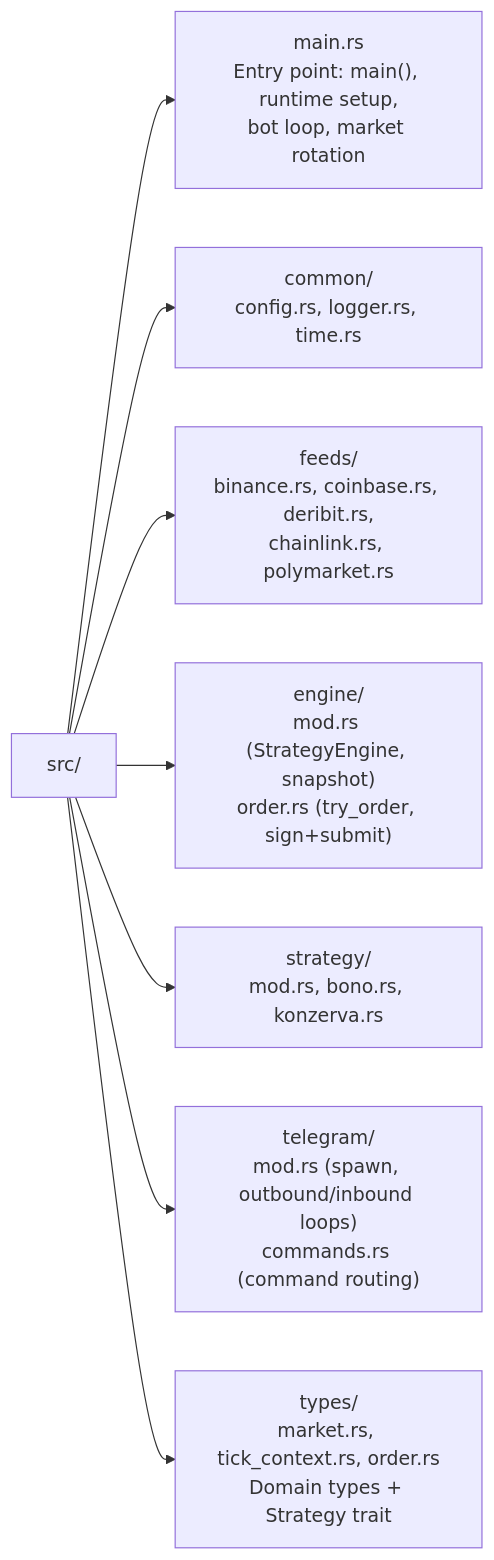
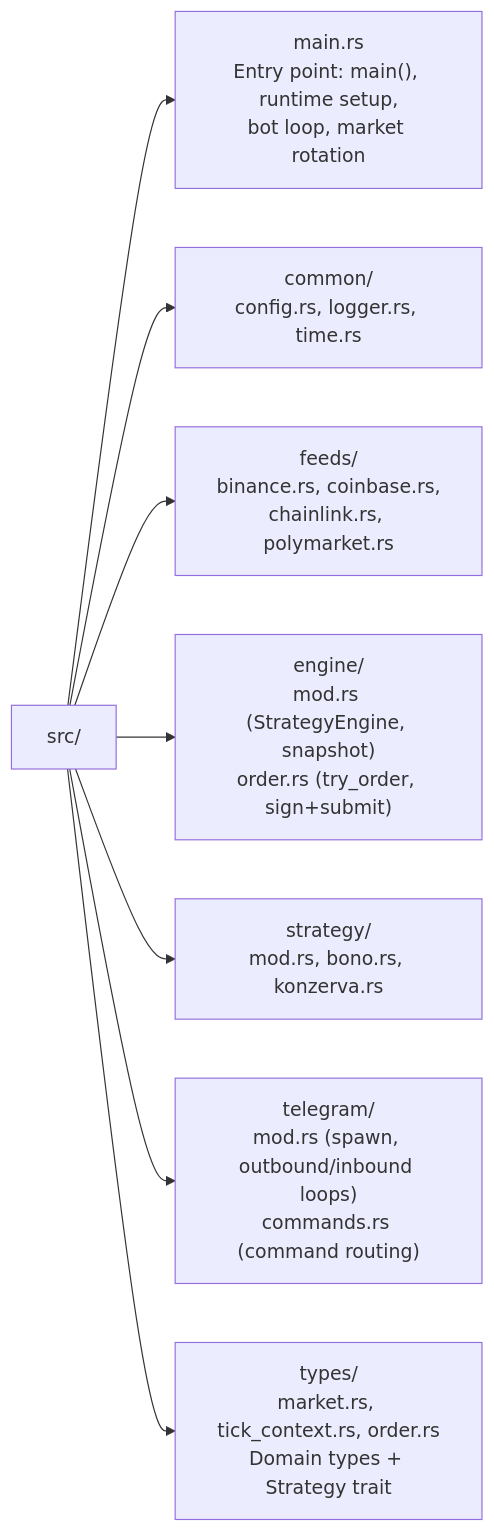
The second of 3 diagrams in docs/ARCHITECTURE.md (bbono/serekes), drawn with Mermaid before and after one commit. The commit also changed other lines of this file and 8 other files, not shown here.

````diff
--- a/docs/ARCHITECTURE.md
+++ b/docs/ARCHITECTURE.md
@@ -63,10 +60,10 @@
 ```mermaid
 graph LR
     SRC["src/"] --> MAIN["main.rs<br/>Entry point: main(), runtime setup,<br/>bot loop, market rotation"]
     SRC --> COMMON["common/<br/>config.rs, logger.rs, time.rs"]
-    SRC --> FEEDS["feeds/<br/>binance.rs, coinbase.rs, deribit.rs,<br/>chainlink.rs, polymarket.rs"]
+    SRC --> FEEDS["feeds/<br/>binance.rs, coinbase.rs,<br/>chainlink.rs, polymarket.rs"]
     SRC --> ENG["engine/<br/>mod.rs (StrategyEngine, snapshot)<br/>order.rs (try_order, sign+submit)"]
     SRC --> STRAT["strategy/<br/>mod.rs, bono.rs, konzerva.rs"]
     SRC --> TG["telegram/<br/>mod.rs (spawn, outbound/inbound loops)<br/>commands.rs (command routing)"]
     SRC --> TYP["types/<br/>market.rs, tick_context.rs, order.rs<br/>Domain types + Strategy trait"]
 ```
````
